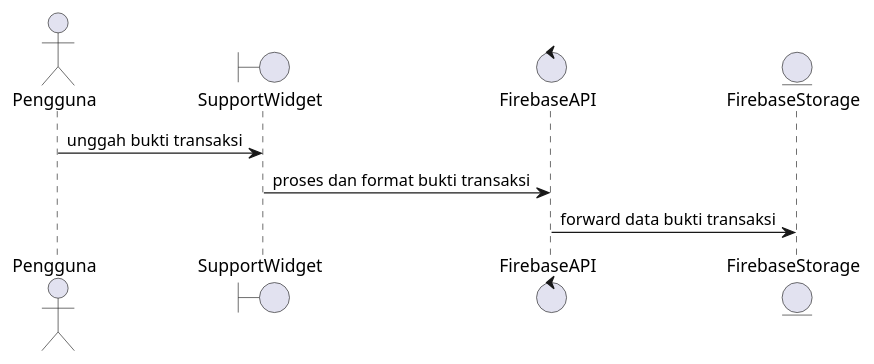
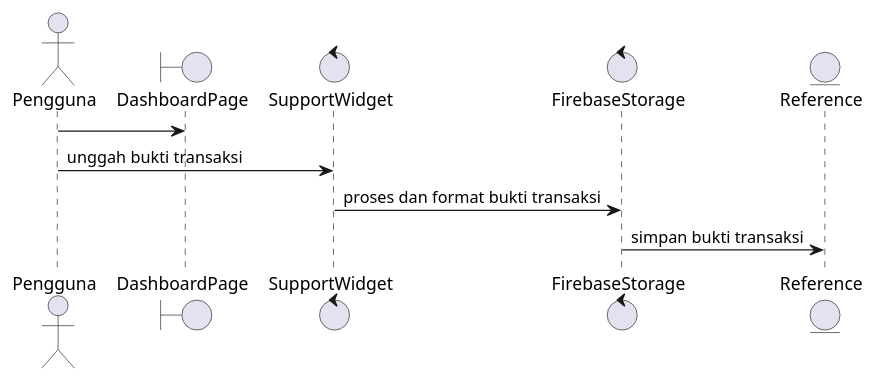
Before and after one commit to stnDinus/skpl_apbo_diagrams: the diagram in up_trx_receipt_seq.puml, drawn with PlantUML. The commit also changed 19 other files, not shown here.

Commit message:
fix: sequence, colab diagrams

```diff
--- a/up_trx_receipt_seq.puml
+++ b/up_trx_receipt_seq.puml
@@ -1,10 +1,12 @@
 @startuml
 actor Pengguna
-boundary SupportWidget
-control FirebaseAPI
-entity FirebaseStorage
+boundary DashboardPage
+control SupportWidget
+control FirebaseStorage
+entity Reference
 
+Pengguna -> DashboardPage
 Pengguna -> SupportWidget: unggah bukti transaksi
-SupportWidget -> FirebaseAPI: proses dan format bukti transaksi
-FirebaseAPI -> FirebaseStorage: forward data bukti transaksi
+SupportWidget -> FirebaseStorage: proses dan format bukti transaksi
+FirebaseStorage -> Reference: simpan bukti transaksi
 @enduml
```
